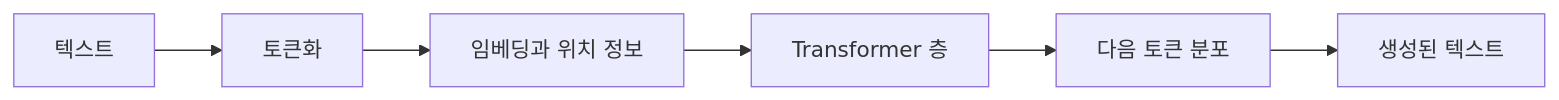
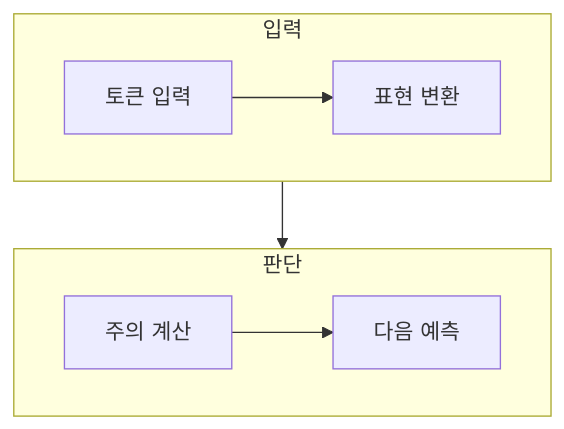
One commit to umyunsang/edu changed the diagram in ComputerScience/03_ai-ml-data/large-language-models/notes/OpenAI API 16. LLM과 GPT 구조.md. Above: the diagram before and after it, drawn with Mermaid. The commit also changed other lines of this file and 7 other files, not shown here.

````diff
--- a/ComputerScience/03_ai-ml-data/large-language-models/notes/OpenAI API 16. LLM과 GPT 구조.md
+++ b/ComputerScience/03_ai-ml-data/large-language-models/notes/OpenAI API 16. LLM과 GPT 구조.md
@@ -21,8 +24,12 @@
 ```mermaid
-flowchart LR
-  A["텍스트"] --> B["토큰화"]
-  B --> C["임베딩과 위치 정보"]
-  C --> D["Transformer 층"]
-  D --> E["다음 토큰 분포"]
-  E --> F["생성된 텍스트"]
+flowchart TB
+    subgraph Input[입력]
+        direction LR
+        A[토큰 입력] --> B[표현 변환]
+    end
+    subgraph Decision[판단]
+        direction LR
+        C[주의 계산] --> D[다음 예측]
+    end
+    B --> C
 ```
````
